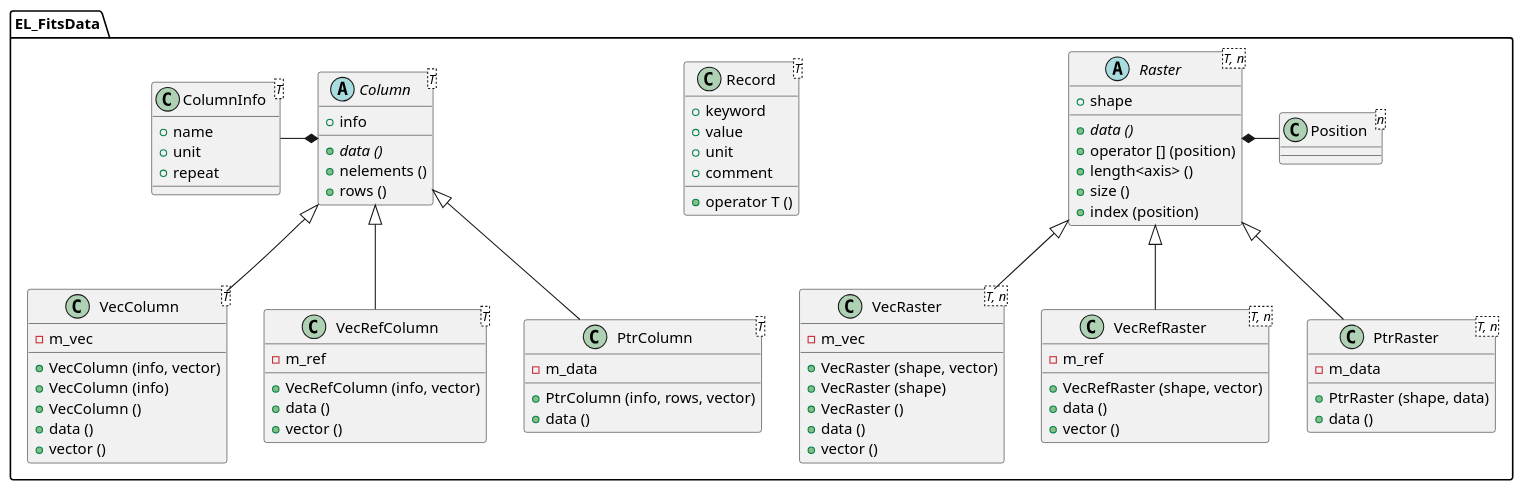
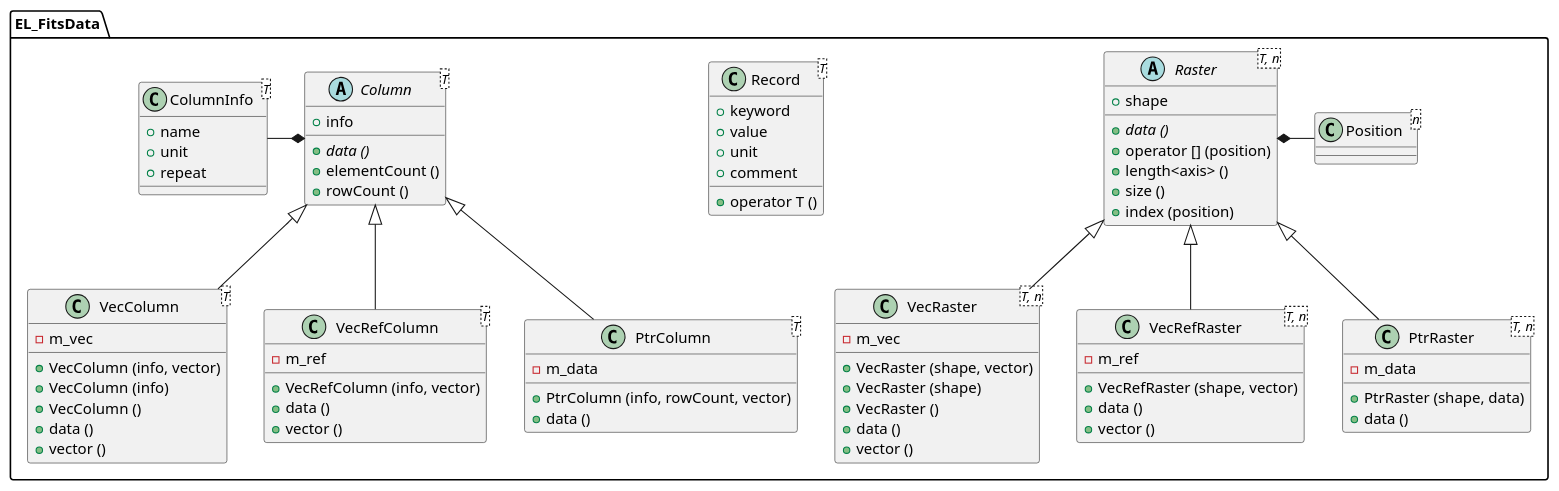
The diagram in doc/diagrams/src/FitsData.puml (CNES/EleFits), drawn with PlantUML before and after one commit. The commit also changed 9 other files, not shown here.

Commit message:
Rename rows and nelements as rowCount and elementCount

```diff
--- a/doc/diagrams/src/FitsData.puml
+++ b/doc/diagrams/src/FitsData.puml
@@ -1,96 +1,96 @@
 @startuml
 
 package EL_FitsData {
 
 Raster <|-- VecRaster
 Raster <|-- VecRefRaster
 Raster <|-- PtrRaster
 Raster *- Position
 
 Record -[hidden] Record
 
 Column <|-- VecColumn
 Column <|-- VecRefColumn
 Column <|-- PtrColumn
 ColumnInfo -* Column
 
 class Position<n> {
 }
 
 abstract class Raster<T, n> {
 + shape
 + {abstract} data ()
 + operator [] (position)
 + length<axis> ()
 + size ()
 + index (position)
 }
 
 class VecRaster<T, n> {
 - m_vec
 + VecRaster (shape, vector)
 + VecRaster (shape)
 + VecRaster ()
 + data ()
 + vector ()
 }
 
 class VecRefRaster<T, n> {
 - m_ref
 + VecRefRaster (shape, vector)
 + data ()
 + vector ()
 }
 
 class PtrRaster<T, n> {
 - m_data
 + PtrRaster (shape, data)
 + data ()
 }
 
 class Record<T> {
 + keyword
 + value
 + unit
 + comment
 + operator T ()
 }
 
 class ColumnInfo<T> {
 + name
 + unit
 + repeat
 }
 
 abstract class Column<T> {
 + info
 + {abstract} data ()
-+ nelements ()
-+ rows ()
++ elementCount ()
++ rowCount ()
 }
 
 class VecColumn<T> {
 - m_vec
 + VecColumn (info, vector)
 + VecColumn (info)
 + VecColumn ()
 + data ()
 + vector ()
 }
 
 class VecRefColumn<T> {
 - m_ref
 + VecRefColumn (info, vector)
 + data ()
 + vector ()
 }
 
 class PtrColumn<T> {
 - m_data
-+ PtrColumn (info, rows, vector)
++ PtrColumn (info, rowCount, vector)
 + data ()
 }
 
 }
 
 @enduml
```
